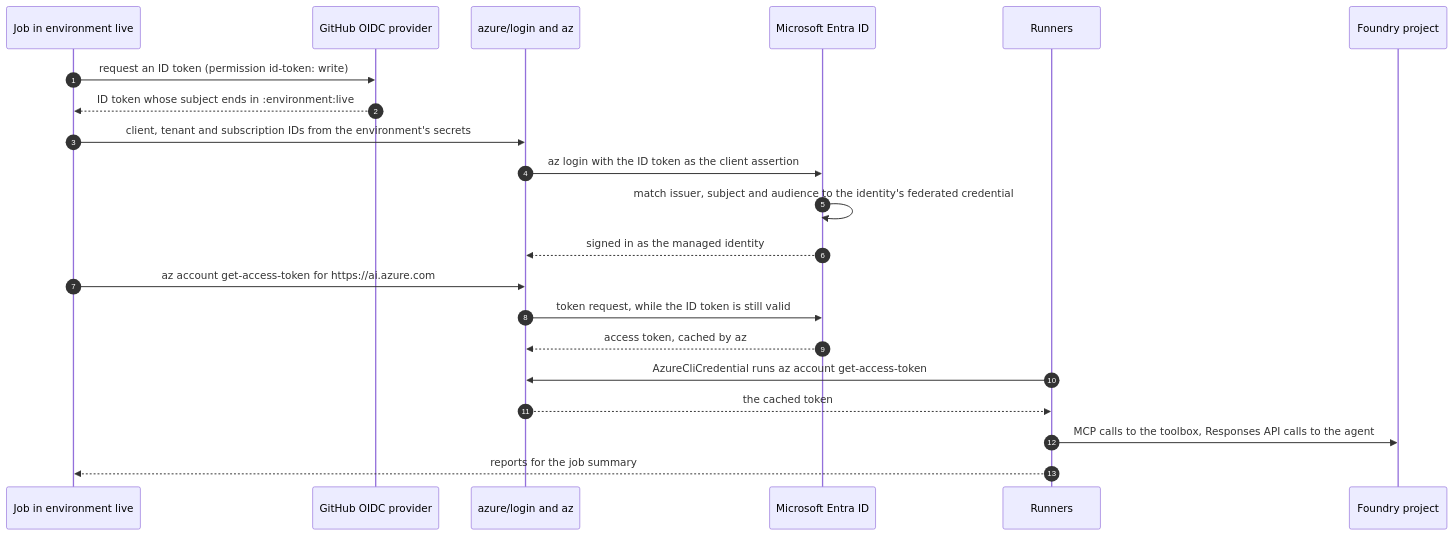
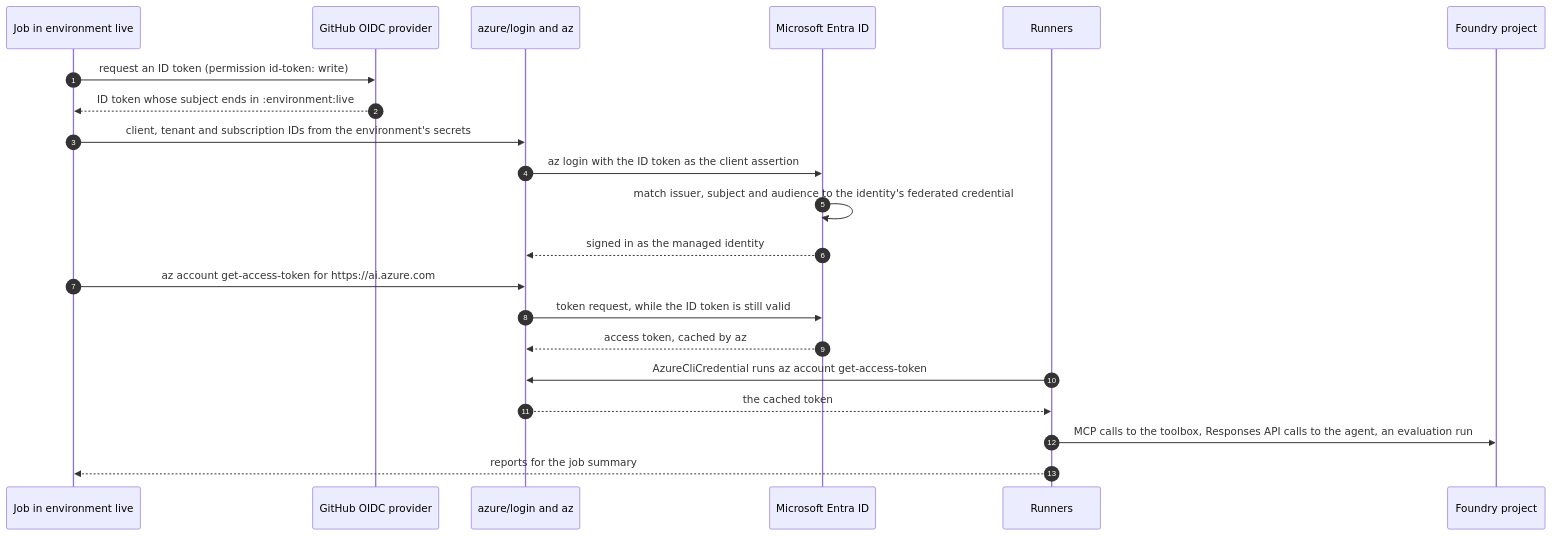
One commit to bradrlaw/foundryToolboxEval changed the diagram in docs/live-ci.md. Above: the diagram before and after it, drawn with Mermaid. The commit also changed other lines of this file and 7 other files, not shown here.

````diff
--- a/docs/live-ci.md
+++ b/docs/live-ci.md
@@ -31,24 +32,24 @@
 ```mermaid
 sequenceDiagram
     autonumber
     participant J as Job in environment live
     participant G as GitHub OIDC provider
     participant L as azure/login and az
     participant E as Microsoft Entra ID
     participant R as Runners
     participant F as Foundry project
 
     J->>G: request an ID token (permission id-token: write)
     G-->>J: ID token whose subject ends in :environment:live
     J->>L: client, tenant and subscription IDs from the environment's secrets
     L->>E: az login with the ID token as the client assertion
     E->>E: match issuer, subject and audience to the identity's federated credential
     E-->>L: signed in as the managed identity
     J->>L: az account get-access-token for https://ai.azure.com
     L->>E: token request, while the ID token is still valid
     E-->>L: access token, cached by az
     R->>L: AzureCliCredential runs az account get-access-token
     L-->>R: the cached token
-    R->>F: MCP calls to the toolbox, Responses API calls to the agent
+    R->>F: MCP calls to the toolbox, Responses API calls to the agent, an evaluation run
     R-->>J: reports for the job summary
 ```
````
